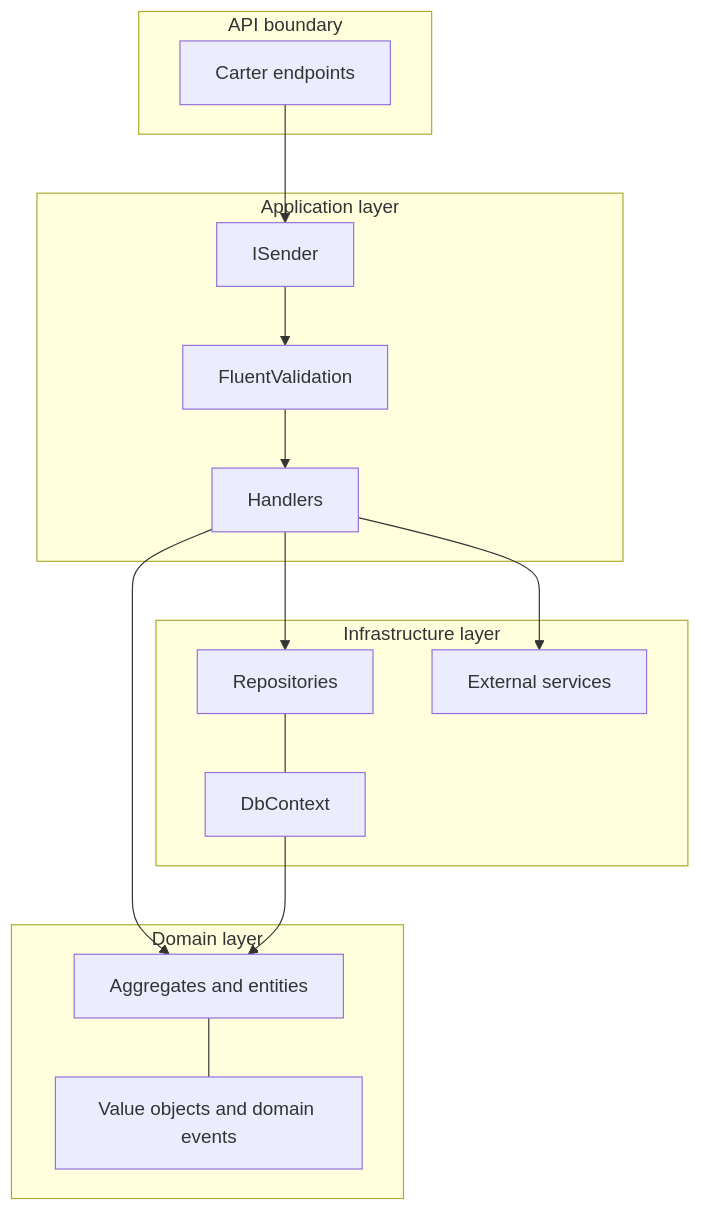
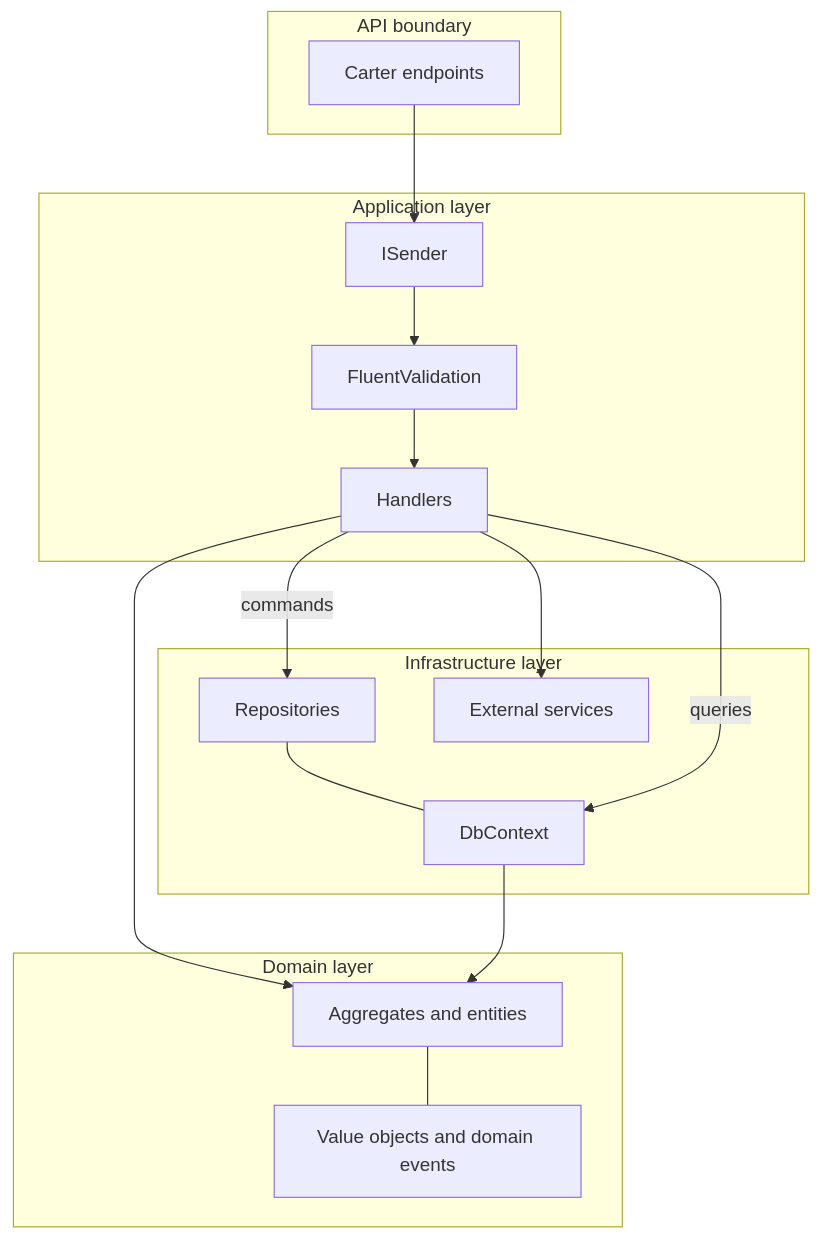
One commit to mhasabalah/StarterKit changed the first of 5 diagrams in wiki/Architecture/Overview.md. Above: the diagram before and after it, drawn with Mermaid. The commit also changed other lines of this file and 13 other files, not shown here.

First line of the commit message:
docs: senior-level rewrite of Start here and Architecture pages (G25 T4a)

````diff
--- a/wiki/Architecture/Overview.md
+++ b/wiki/Architecture/Overview.md
@@ -17,21 +31,22 @@
 ```mermaid
 flowchart TB
   subgraph API[API boundary]
     C[Carter endpoints]
   end
   subgraph Application[Application layer]
     M[ISender] --> V[FluentValidation] --> H[Handlers]
   end
   subgraph Domain[Domain layer]
     A[Aggregates and entities] --- O[Value objects and domain events]
   end
   subgraph Infrastructure[Infrastructure layer]
     R[Repositories] --- D[DbContext]
     E[External services]
   end
   C --> M
   H --> A
-  H --> R
+  H -->|commands| R
+  H -->|queries| D
   H --> E
   D --> A
 ```
````
